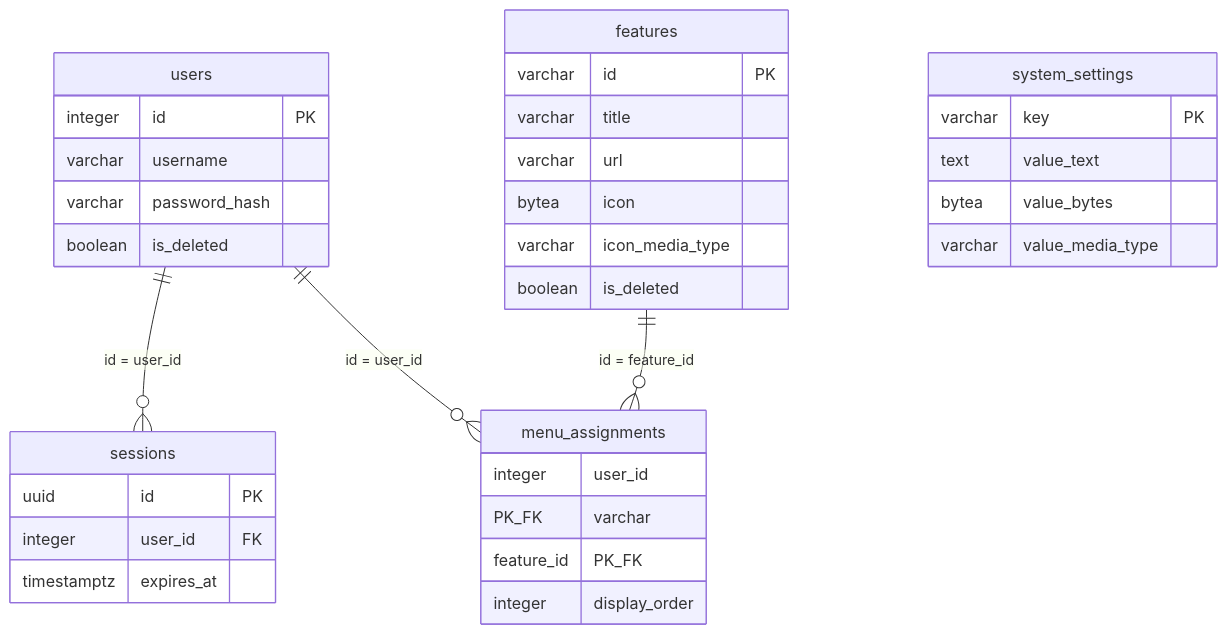
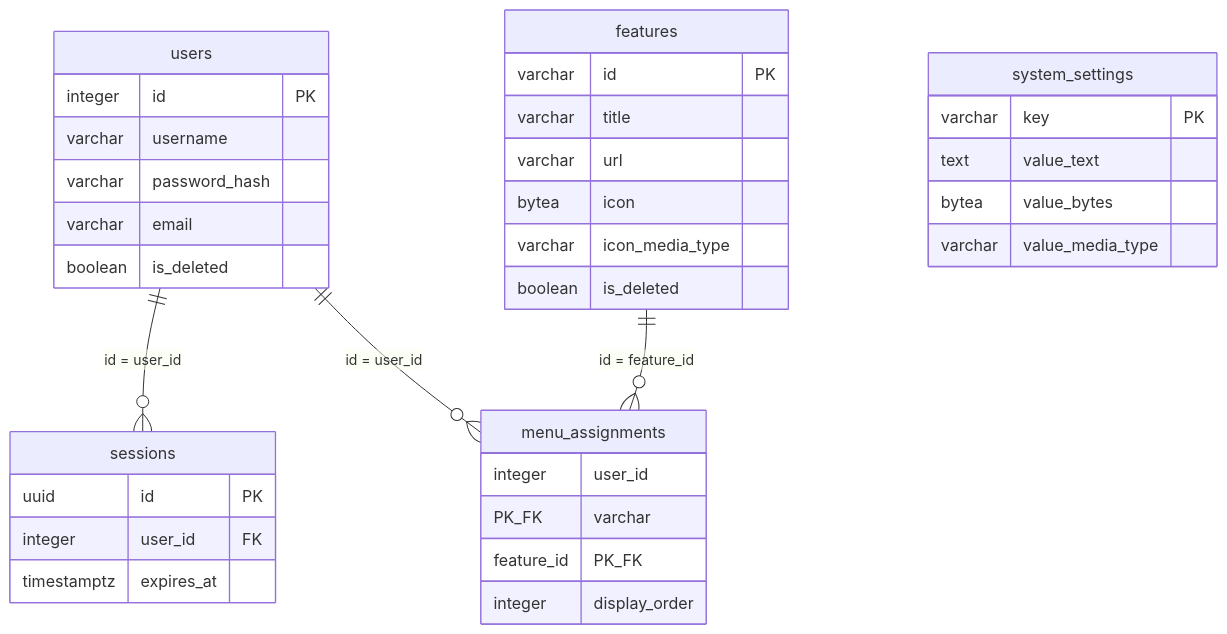
The diagram in docs/specs/user-management/db-design.md (u1tym/cursor_web2), drawn with Mermaid before and after one commit. The commit also changed other lines of this file and 41 other files, not shown here.

````diff
--- a/docs/specs/user-management/db-design.md
+++ b/docs/specs/user-management/db-design.md
@@ -17,36 +17,37 @@
 ```mermaid
 erDiagram
     users ||--o{ sessions : "id = user_id"
     users ||--o{ menu_assignments : "id = user_id"
     features ||--o{ menu_assignments : "id = feature_id"
     users {
         integer id PK
         varchar username
         varchar password_hash
+        varchar email
         boolean is_deleted
     }
     sessions {
         uuid id PK
         integer user_id FK
         timestamptz expires_at
     }
     features {
         varchar id PK
         varchar title
         varchar url
         bytea icon
         varchar icon_media_type
         boolean is_deleted
     }
     menu_assignments {
         integer user_id PK_FK
         varchar feature_id PK_FK
         integer display_order
     }
     system_settings {
         varchar key PK
         text value_text
         bytea value_bytes
         varchar value_media_type
     }
 ```
````
